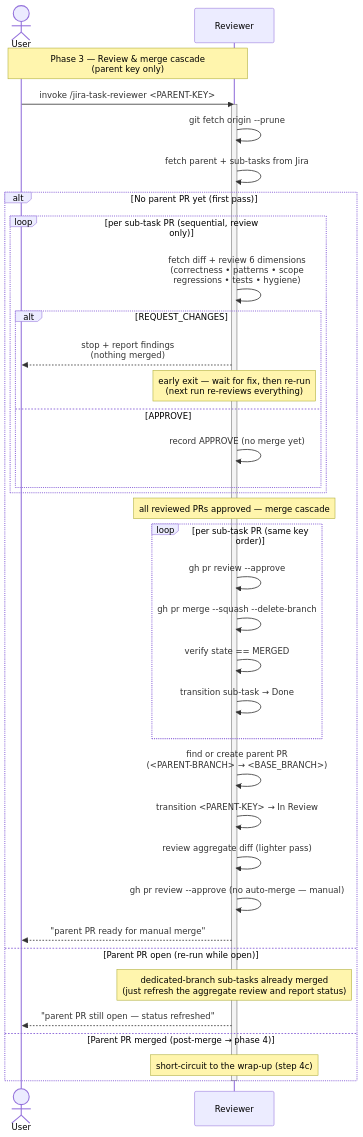
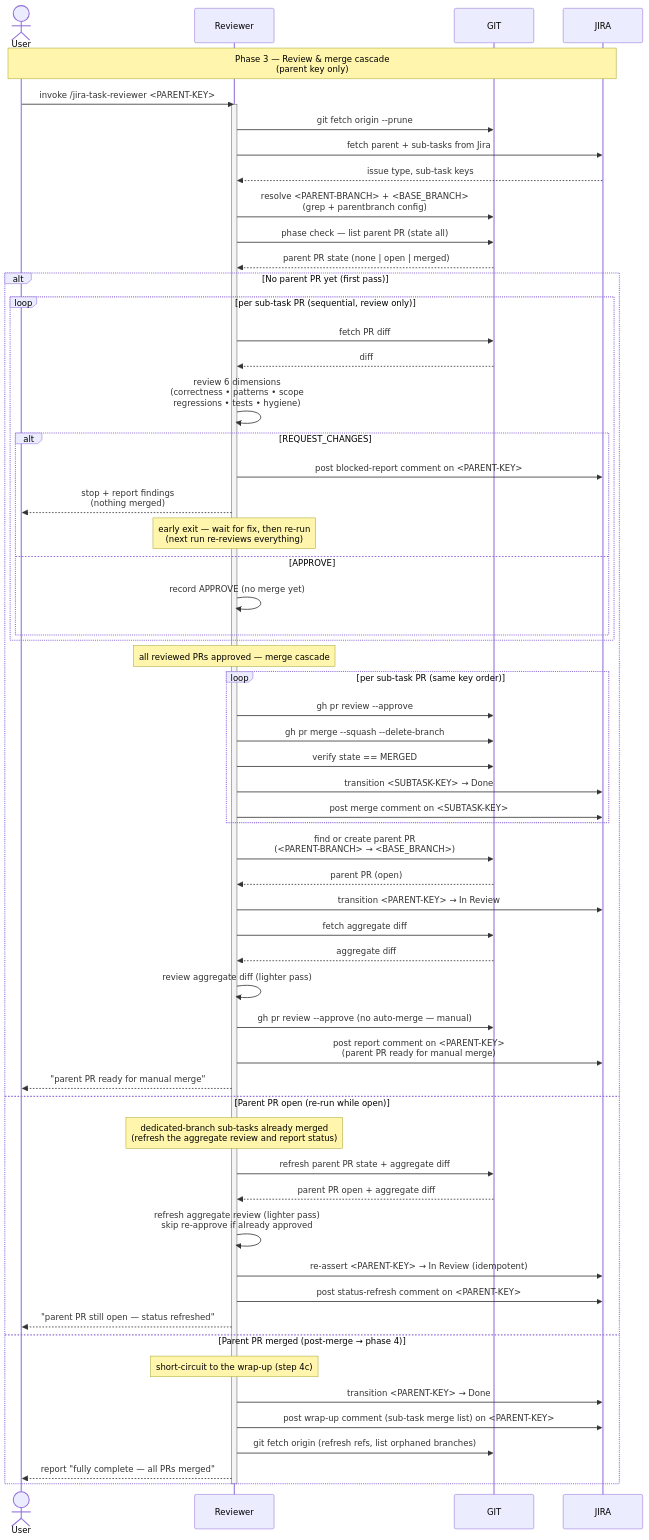
Before and after one commit to kantorv/jira-sdlc-tools: the diagram in plugins/jira-sdlc/docs/TASK-LIFECYCLE-PHASE-3.md, drawn with Mermaid. The commit also changed other lines of this file and 5 other files, not shown here.

Commit message:
mermaid diagrams aligned with skills logic JST-24 #done

````diff
--- a/plugins/jira-sdlc/docs/TASK-LIFECYCLE-PHASE-3.md
+++ b/plugins/jira-sdlc/docs/TASK-LIFECYCLE-PHASE-3.md
@@ -15,44 +29,67 @@
 ```mermaid
 sequenceDiagram
     actor User
     participant Reviewer
+    participant GIT
+    participant JIRA
 
-    Note over User,Reviewer: Phase 3 — Review & merge cascade<br/>(parent key only)
+    Note over User,JIRA: Phase 3 — Review & merge cascade<br/>(parent key only)
     User->>Reviewer: invoke /jira-task-reviewer <PARENT-KEY>
 
     activate Reviewer
-    Reviewer->>Reviewer: git fetch origin --prune
-    Reviewer->>Reviewer: fetch parent + sub-tasks from Jira
+    Reviewer->>GIT: git fetch origin --prune
+    Reviewer->>JIRA: fetch parent + sub-tasks from Jira
+    JIRA-->>Reviewer: issue type, sub-task keys
+    Reviewer->>GIT: resolve <PARENT-BRANCH> + <BASE_BRANCH><br/>(grep + parentbranch config)
+    Reviewer->>GIT: phase check — list parent PR (state all)
+    GIT-->>Reviewer: parent PR state (none | open | merged)
 
     alt No parent PR yet (first pass)
         loop per sub-task PR (sequential, review only)
-            Reviewer->>Reviewer: fetch diff + review 6 dimensions<br/>(correctness • patterns • scope<br/>regressions • tests • hygiene)
+            Reviewer->>GIT: fetch PR diff
+            GIT-->>Reviewer: diff
+            Reviewer->>Reviewer: review 6 dimensions<br/>(correctness • patterns • scope<br/>regressions • tests • hygiene)
             alt REQUEST_CHANGES
+                Reviewer->>JIRA: post blocked-report comment on <PARENT-KEY>
                 Reviewer-->>User: stop + report findings<br/>(nothing merged)
                 Note over Reviewer: early exit — wait for fix, then re-run<br/>(next run re-reviews everything)
             else APPROVE
                 Reviewer->>Reviewer: record APPROVE (no merge yet)
             end
         end
 
         Note over Reviewer: all reviewed PRs approved — merge cascade
         loop per sub-task PR (same key order)
-            Reviewer->>Reviewer: gh pr review --approve
-            Reviewer->>Reviewer: gh pr merge --squash --delete-branch
-            Reviewer->>Reviewer: verify state == MERGED
-            Reviewer->>Reviewer: transition sub-task → Done
+            Reviewer->>GIT: gh pr review --approve
+            Reviewer->>GIT: gh pr merge --squash --delete-branch
+            Reviewer->>GIT: verify state == MERGED
+            Reviewer->>JIRA: transition <SUBTASK-KEY> → Done
+            Reviewer->>JIRA: post merge comment on <SUBTASK-KEY>
         end
 
-        Reviewer->>Reviewer: find or create parent PR<br/>(<PARENT-BRANCH> → <BASE_BRANCH>)
-        Reviewer->>Reviewer: transition <PARENT-KEY> → In Review
+        Reviewer->>GIT: find or create parent PR<br/>(<PARENT-BRANCH> → <BASE_BRANCH>)
+        GIT-->>Reviewer: parent PR (open)
+        Reviewer->>JIRA: transition <PARENT-KEY> → In Review
+        Reviewer->>GIT: fetch aggregate diff
+        GIT-->>Reviewer: aggregate diff
         Reviewer->>Reviewer: review aggregate diff (lighter pass)
-        Reviewer->>Reviewer: gh pr review --approve (no auto-merge — manual)
+        Reviewer->>GIT: gh pr review --approve (no auto-merge — manual)
+        Reviewer->>JIRA: post report comment on <PARENT-KEY><br/>(parent PR ready for manual merge)
         Reviewer-->>User: "parent PR ready for manual merge"
     else Parent PR open (re-run while open)
-        Note over Reviewer: dedicated-branch sub-tasks already merged<br/>(just refresh the aggregate review and report status)
+        Note over Reviewer: dedicated-branch sub-tasks already merged<br/>(refresh the aggregate review and report status)
+        Reviewer->>GIT: refresh parent PR state + aggregate diff
+        GIT-->>Reviewer: parent PR open + aggregate diff
+        Reviewer->>Reviewer: refresh aggregate review (lighter pass)<br/>skip re-approve if already approved
+        Reviewer->>JIRA: re-assert <PARENT-KEY> → In Review (idempotent)
+        Reviewer->>JIRA: post status-refresh comment on <PARENT-KEY>
         Reviewer-->>User: "parent PR still open — status refreshed"
     else Parent PR merged (post-merge → phase 4)
         Note over Reviewer: short-circuit to the wrap-up (step 4c)
+        Reviewer->>JIRA: transition <PARENT-KEY> → Done
+        Reviewer->>JIRA: post wrap-up comment (sub-task merge list) on <PARENT-KEY>
+        Reviewer->>GIT: git fetch origin (refresh refs, list orphaned branches)
+        Reviewer-->>User: report "fully complete — all PRs merged"
     end
     deactivate Reviewer
 ```
````
